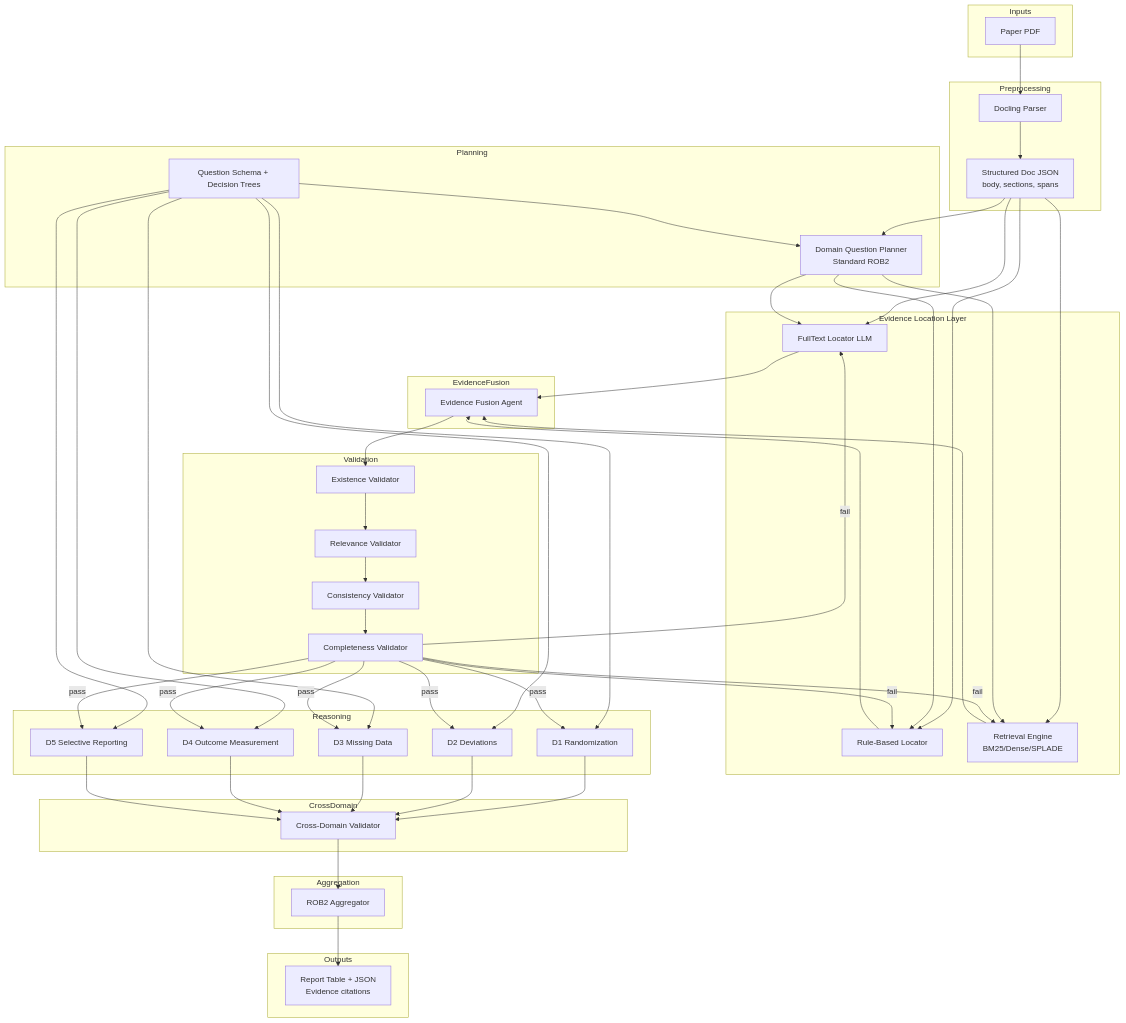
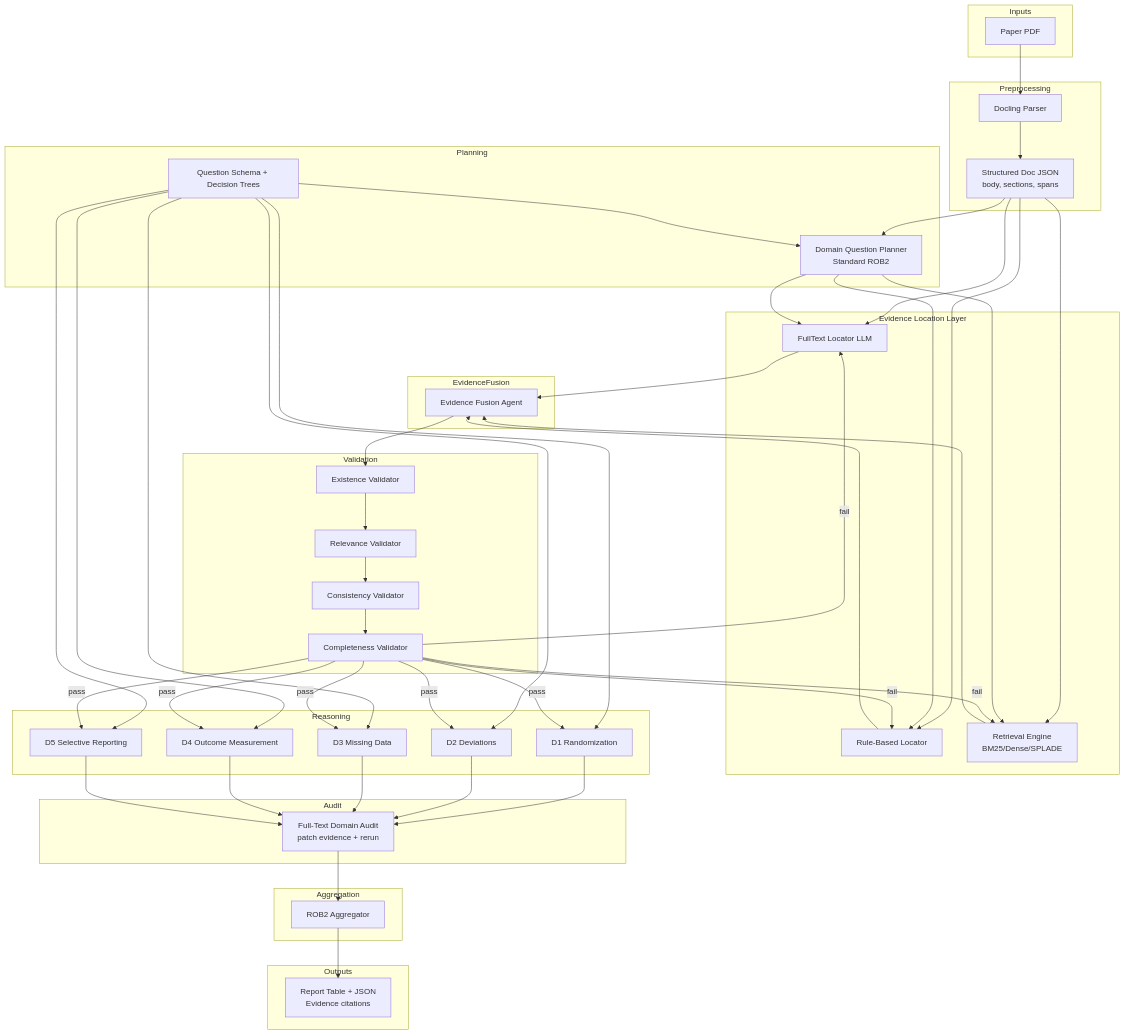
Before and after one commit to Younthing/eagent: the diagram in docs/architecture.md, drawn with Mermaid. The commit also changed other lines of this file and 11 other files, not shown here.

```diff
--- a/docs/architecture.md
+++ b/docs/architecture.md
@@ -44,8 +44,8 @@
     J5[D5 Selective Reporting]
   end
 
-  subgraph CrossDomain
-    K[Cross-Domain Validator]
+  subgraph Audit
+    K[Full-Text Domain Audit<br/>patch evidence + rerun]
   end
 
   subgraph Aggregation
```
